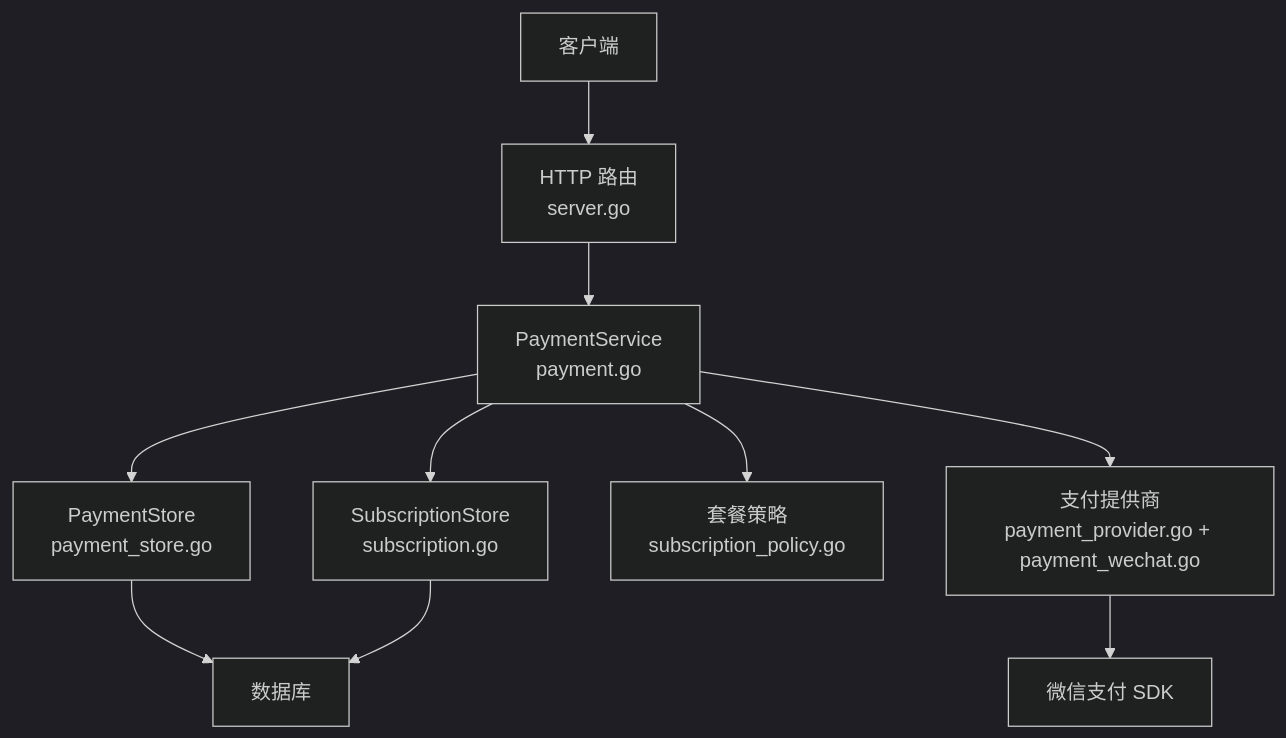
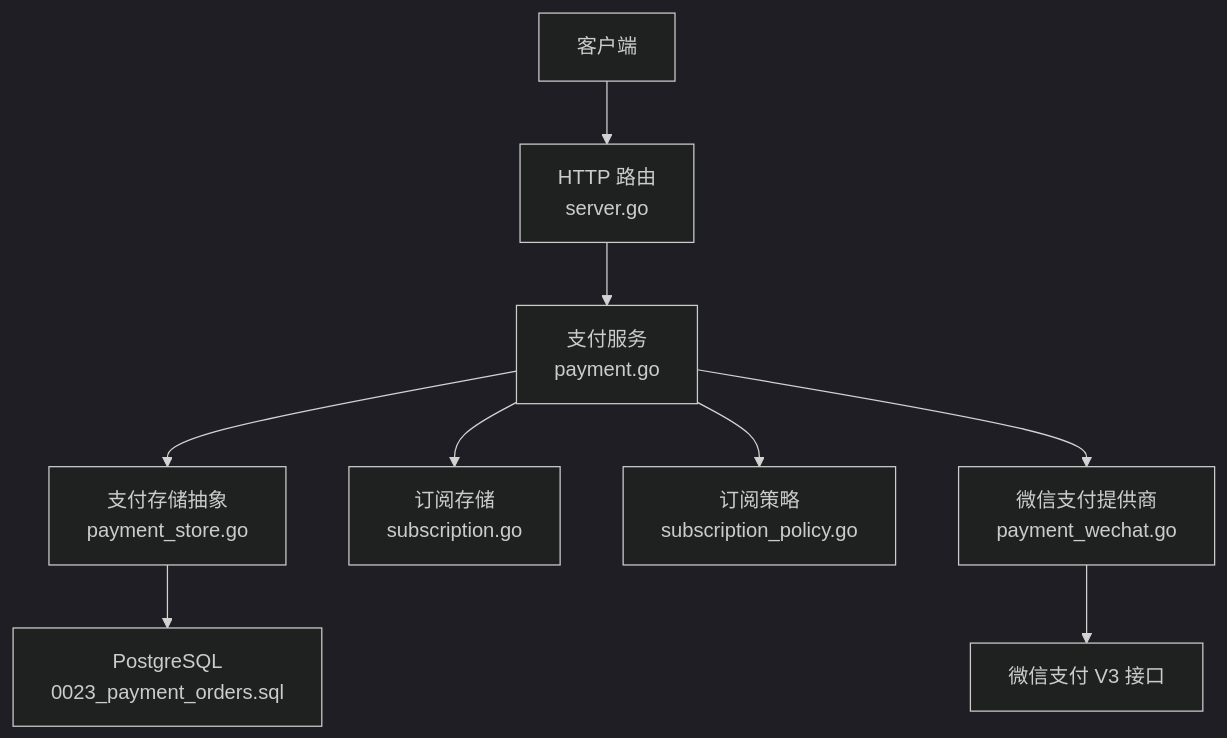
The first of 4 diagrams in .qoder/repowiki/zh/content/API接口文档/云端REST API/支付订阅API/订阅支付接口.md (alvinwangzi/goodhr), drawn with Mermaid (dark theme) before and after one commit. The commit also changed other lines of this file and 149 other files, not shown here.

````diff
--- a/.qoder/repowiki/zh/content/API接口文档/云端REST API/支付订阅API/订阅支付接口.md
+++ b/.qoder/repowiki/zh/content/API接口文档/云端REST API/支付订阅API/订阅支付接口.md
@@ -47,12 +34,11 @@
 ```mermaid
 graph TB
 Client["客户端"] --> Router["HTTP 路由<br/>server.go"]
-Router --> PaymentSvc["PaymentService<br/>payment.go"]
-PaymentSvc --> Store["PaymentStore<br/>payment_store.go"]
-PaymentSvc --> SubSvc["SubscriptionStore<br/>subscription.go"]
-PaymentSvc --> Policy["套餐策略<br/>subscription_policy.go"]
-PaymentSvc --> Provider["支付提供商<br/>payment_provider.go + payment_wechat.go"]
-Provider --> WeChat["微信支付 SDK"]
-Store --> DB["数据库"]
-SubSvc --> DB
+Router --> PaymentSvc["支付服务<br/>payment.go"]
+PaymentSvc --> Store["支付存储抽象<br/>payment_store.go"]
+PaymentSvc --> SubStore["订阅存储<br/>subscription.go"]
+PaymentSvc --> Policy["订阅策略<br/>subscription_policy.go"]
+PaymentSvc --> Wechat["微信支付提供商<br/>payment_wechat.go"]
+Store --> DB["PostgreSQL<br/>0023_payment_orders.sql"]
+Wechat --> WX["微信支付 V3 接口"]
 ```
````
